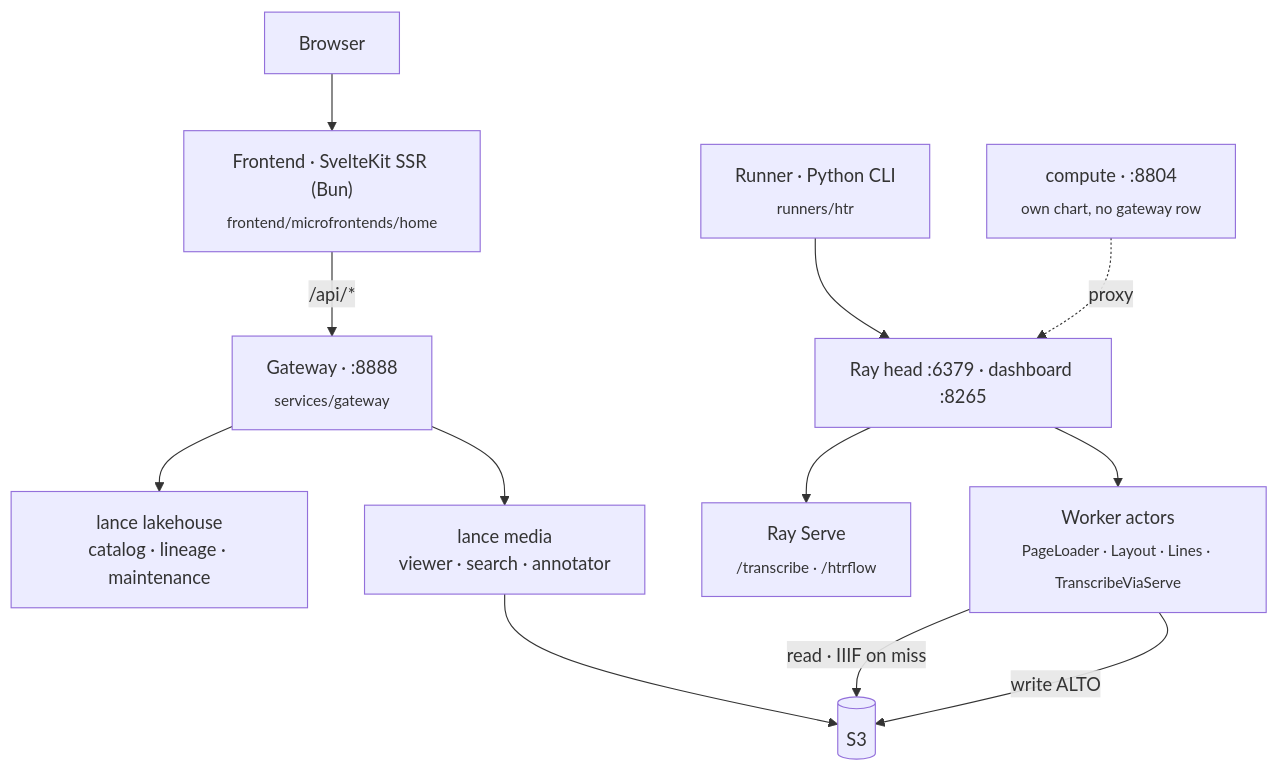
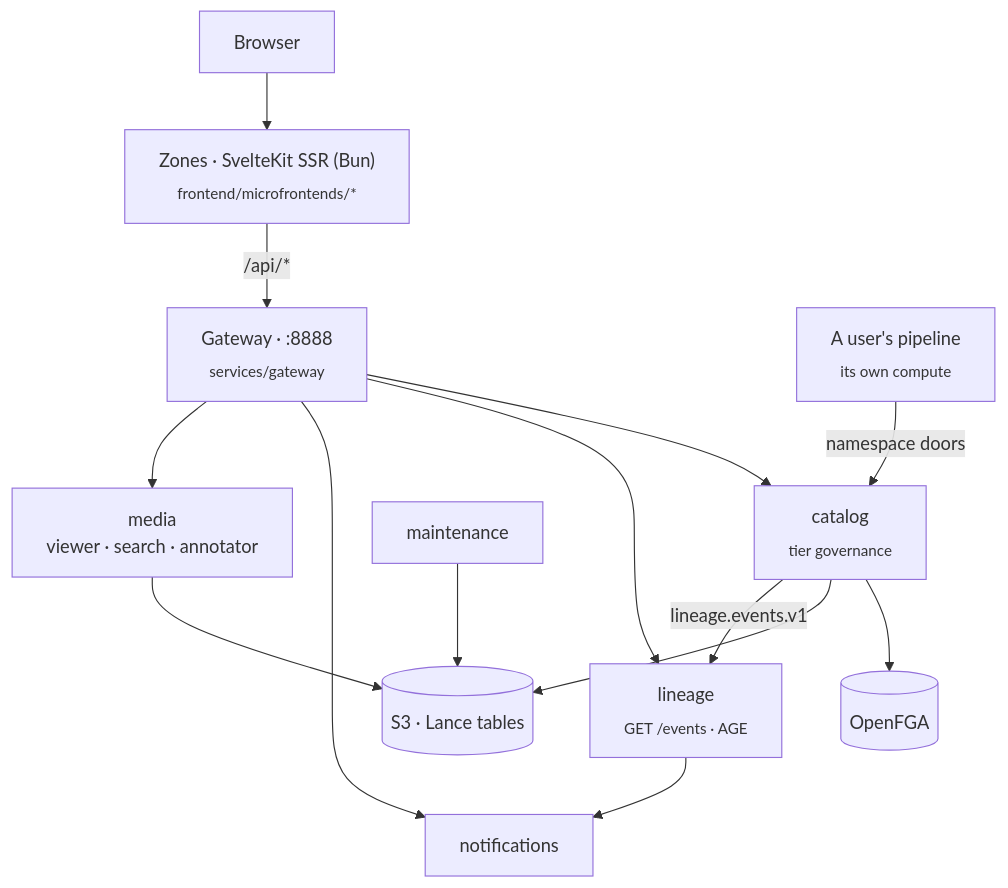
One commit to AI-Riksarkivet/rask changed the diagram in docs/architecture/index.md. Above: the diagram before and after it, drawn with Mermaid. The commit also changed other lines of this file and 41 other files, not shown here.

````diff
--- a/docs/architecture/index.md
+++ b/docs/architecture/index.md
@@ -26,15 +22,16 @@
 ```mermaid
 flowchart TB
-    browser["Browser"] --> spa["Frontend · SvelteKit SSR (Bun)<br/><sub>frontend/microfrontends/home</sub>"]
-    spa -->|"/api/*"| gw["Gateway · :8888<br/><sub>services/gateway</sub>"]
-    cli["Runner · Python CLI<br/><sub>runners/htr</sub>"] --> head
-    rayapi["compute · :8804<br/><sub>own chart, no gateway row</sub>"]
-    gw --> lake["lance lakehouse<br/>catalog · lineage · maintenance"]
-    gw --> media["lance media<br/>viewer · search · annotator"]
-    media --> s3[("S3")]
-    rayapi -.->|proxy| head["Ray head :6379 · dashboard :8265"]
-    head --> serve["Ray Serve<br/><sub>/transcribe · /htrflow</sub>"]
-    head --> workers["Worker actors<br/><sub>PageLoader · Layout · Lines · TranscribeViaServe</sub>"]
-    workers -->|read · IIIF on miss| s3
-    workers -->|write ALTO| s3
+    browser["Browser"] --> zones["Zones · SvelteKit SSR (Bun)<br/><sub>frontend/microfrontends/*</sub>"]
+    zones -->|"/api/*"| gw["Gateway · :8888<br/><sub>services/gateway</sub>"]
+    client["A user's pipeline<br/><sub>its own compute</sub>"] -->|"namespace doors"| cat
+    gw --> cat["catalog<br/><sub>tier governance</sub>"]
+    gw --> lin["lineage<br/><sub>GET /events · AGE</sub>"]
+    gw --> notif["notifications"]
+    gw --> media["media<br/>viewer · search · annotator"]
+    cat --> fga[("OpenFGA")]
+    cat --> s3[("S3 · Lance tables")]
+    cat -->|"lineage.events.v1"| lin
+    lin --> notif
+    maint["maintenance"] --> s3
+    media --> s3
 ```
````
